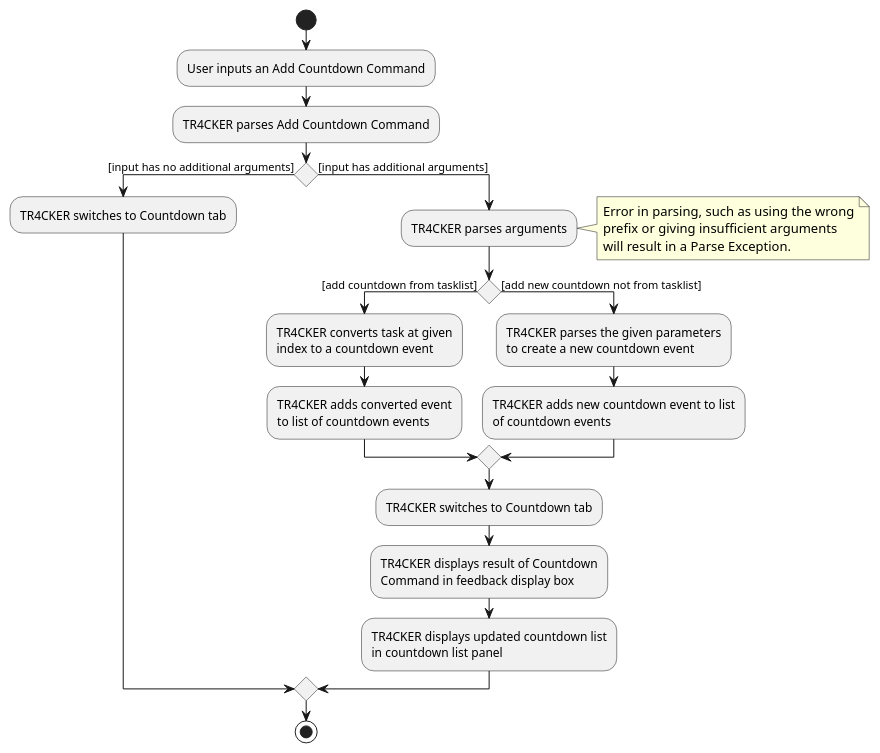
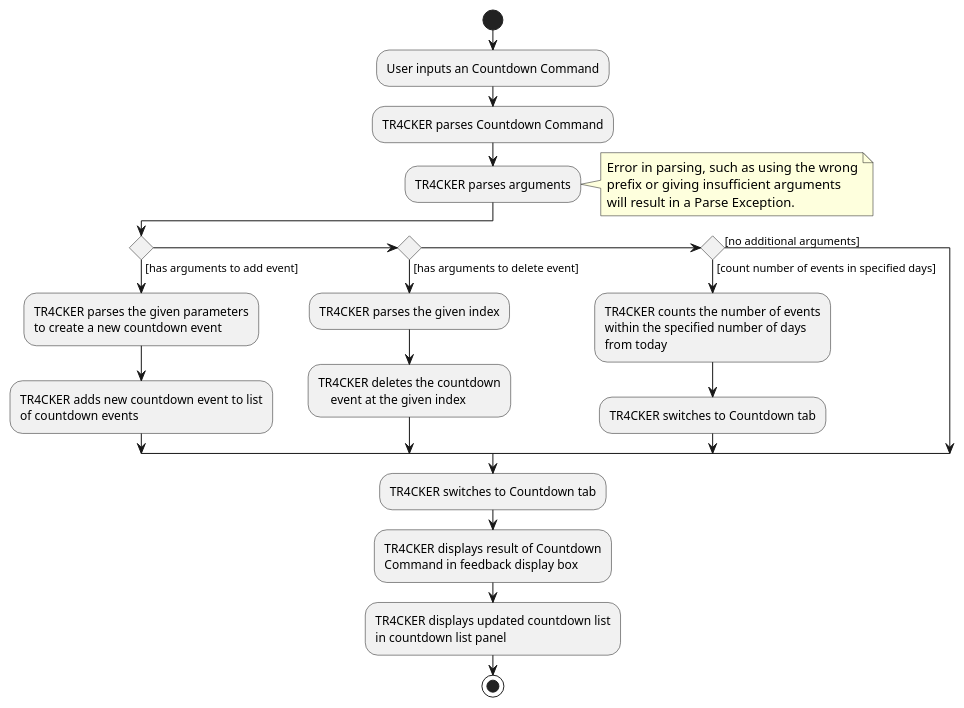
The diagram in docs/diagrams/CountdownActivityDiagram.puml (yingqi0607/tp), drawn with PlantUML before and after one commit. The commit also changed 11 other files, not shown here.

Commit message:
Update DG for Countdowns and add UMl diagrams

```diff
--- a/docs/diagrams/CountdownActivityDiagram.puml
+++ b/docs/diagrams/CountdownActivityDiagram.puml
@@ -1,34 +1,35 @@
 @startuml
 start
-:User inputs an Add Countdown Command;
-:TR4CKER parses Add Countdown Command;
+:User inputs an Countdown Command;
+:TR4CKER parses Countdown Command;
+:TR4CKER parses arguments;
+note right
+Error in parsing, such as using the wrong
+prefix or giving insufficient arguments
+will result in a Parse Exception.
+end note
 
-if () then ([input has no additional arguments])
+if () then ([has arguments to add event])
+    :TR4CKER parses the given parameters
+    to create a new countdown event;
+    :TR4CKER adds new countdown event to list
+    of countdown events;
+elseif () then ([has arguments to delete event])
+    :TR4CKER parses the given index;
+    :TR4CKER deletes the countdown
+        event at the given index;
+elseif () then ([count number of events in specified days])
+     :TR4CKER counts the number of events
+     within the specified number of days
+     from today;
     :TR4CKER switches to Countdown tab;
-else ([input has additional arguments])
-    :TR4CKER parses arguments;
-    note right
-    Error in parsing, such as using the wrong
-    prefix or giving insufficient arguments
-    will result in a Parse Exception.
-    end note
+else ([no additional arguments])
+endif
 
-    if () then ([add countdown from tasklist])
-        :TR4CKER converts task at given
-        index to a countdown event;
-        :TR4CKER adds converted event
-        to list of countdown events;
-    else ([add new countdown not from tasklist])
-         :TR4CKER parses the given parameters
-         to create a new countdown event;
-         :TR4CKER adds new countdown event to list
-         of countdown events;
-     endif
 :TR4CKER switches to Countdown tab;
 :TR4CKER displays result of Countdown
 Command in feedback display box;
 :TR4CKER displays updated countdown list
 in countdown list panel;
-endif
 stop
 @enduml
```
